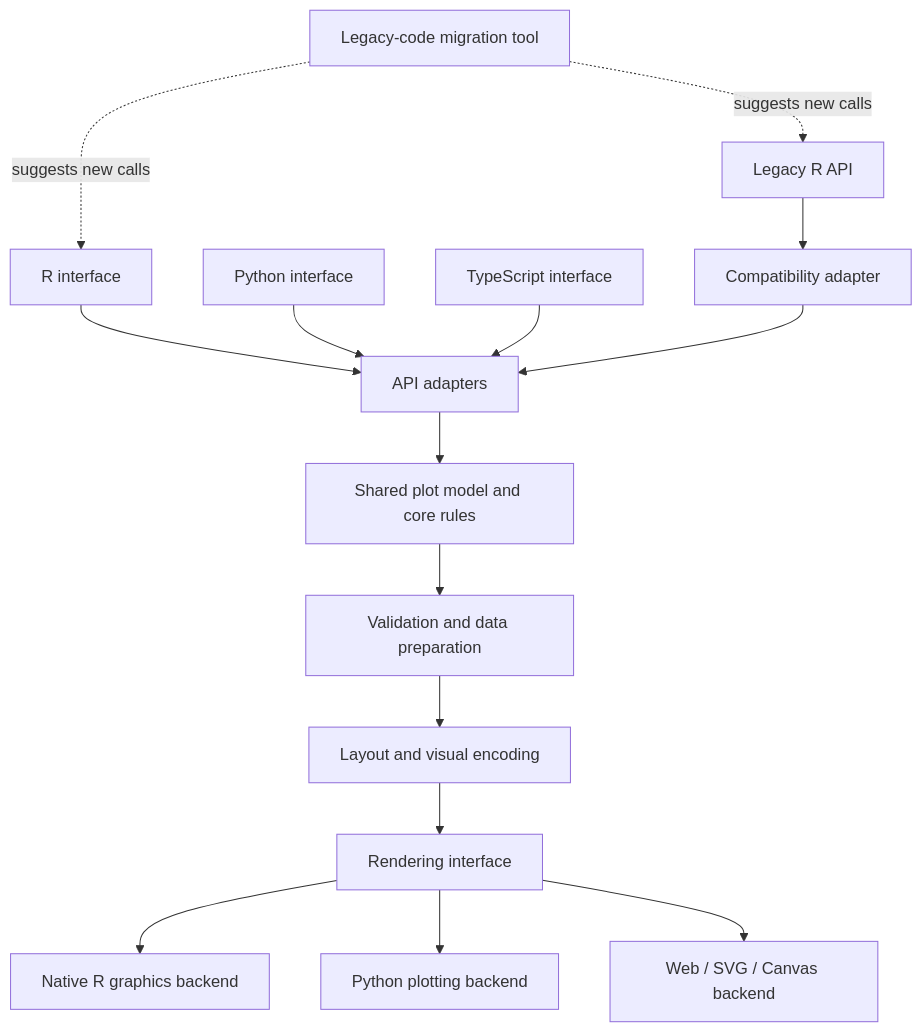
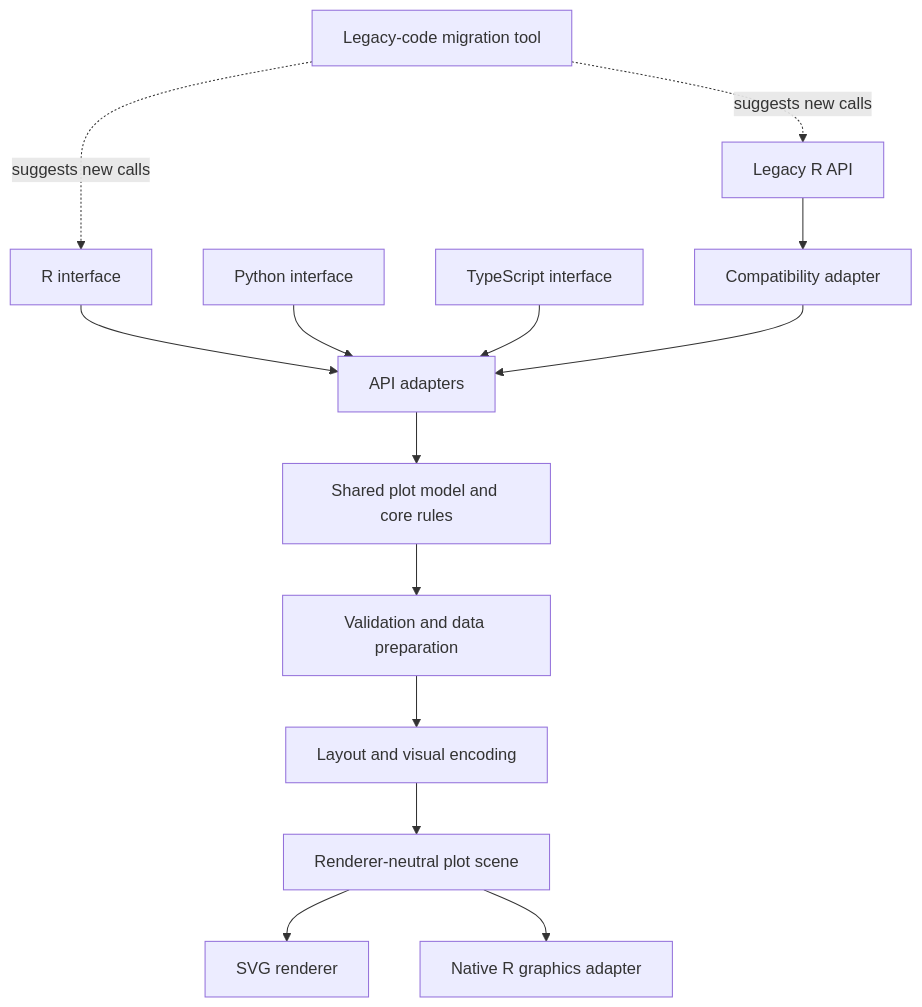
One commit to vsimko/corrplot-ng changed the diagram in docs/architecture.md. Above: the diagram before and after it, drawn with Mermaid. The commit also changed other lines of this file, not shown here.

Commit message:
Document proposed shared rendering architecture

````diff
--- a/docs/architecture.md
+++ b/docs/architecture.md
@@ -22,17 +22,16 @@
 ```mermaid
 flowchart TB
     R[R interface] --> AD[API adapters]
     PY[Python interface] --> AD
     TS[TypeScript interface] --> AD
     LEG[Legacy R API] --> COMP[Compatibility adapter]
     COMP --> AD
     AD --> CORE[Shared plot model and core rules]
     CORE --> VALID[Validation and data preparation]
     VALID --> LAYOUT[Layout and visual encoding]
-    LAYOUT --> RENDER[Rendering interface]
-    RENDER --> GR[Native R graphics backend]
-    RENDER --> PYR[Python plotting backend]
-    RENDER --> WEB[Web / SVG / Canvas backend]
+    LAYOUT --> SCENE[Renderer-neutral plot scene]
+    SCENE --> SVG[SVG renderer]
+    SCENE --> GR[Native R graphics adapter]
     MIG[Legacy-code migration tool] -. suggests new calls .-> LEG
     MIG -. suggests new calls .-> R
 ```
````
